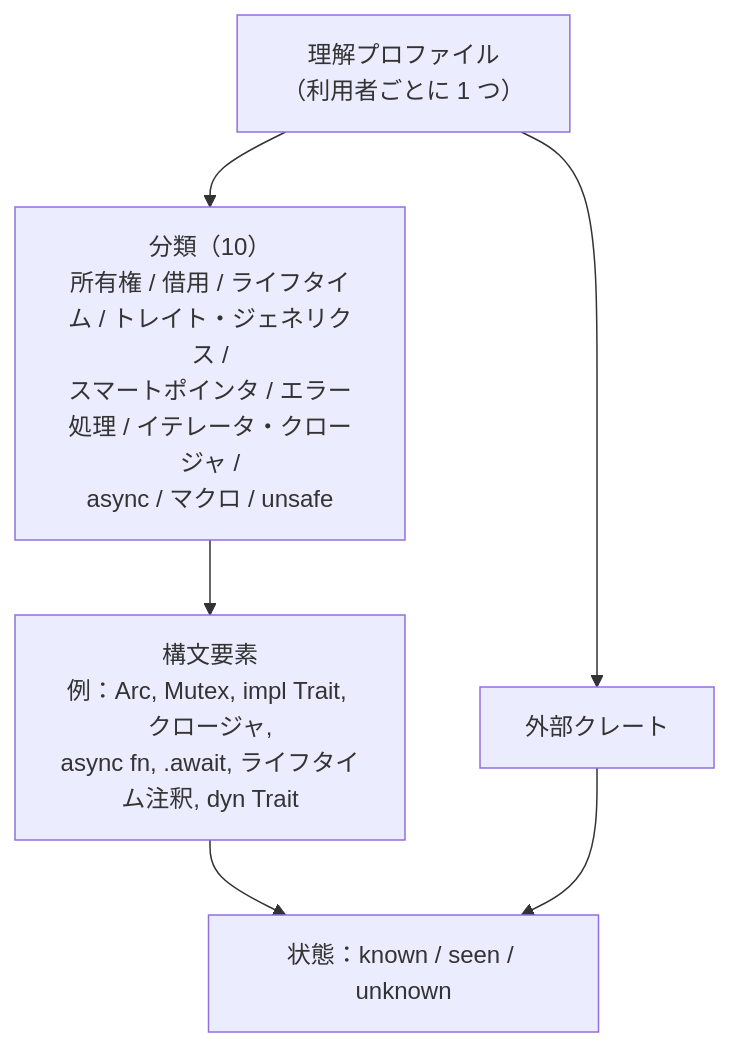
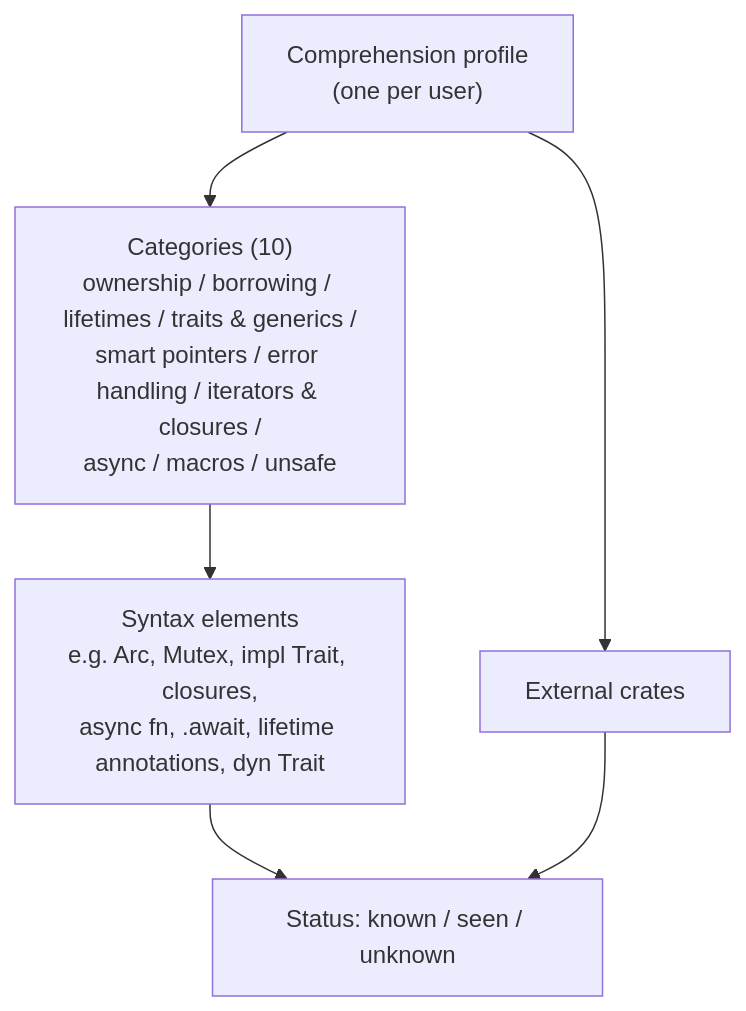
One commit to sumiredc/molt changed the second of 9 diagrams in PRD.md. Above: the diagram before and after it, drawn with Mermaid. The commit also changed other lines of this file and 1 other file, not shown here.

````diff
--- a/PRD.md
+++ b/PRD.md
@@ -43,8 +45,8 @@
 ```mermaid
 flowchart TB
-  P["理解プロファイル<br/>（利用者ごとに 1 つ）"] --> C1["分類（10）<br/>所有権 / 借用 / ライフタイム / トレイト・ジェネリクス /<br/>スマートポインタ / エラー処理 / イテレータ・クロージャ /<br/>async / マクロ / unsafe"]
-  P --> CR["外部クレート"]
-  C1 --> E["構文要素<br/>例：Arc, Mutex, impl Trait, クロージャ,<br/>async fn, .await, ライフタイム注釈, dyn Trait"]
-  E --> S["状態：known / seen / unknown"]
+  P["Comprehension profile<br/>(one per user)"] --> C1["Categories (10)<br/>ownership / borrowing / lifetimes / traits & generics /<br/>smart pointers / error handling / iterators & closures /<br/>async / macros / unsafe"]
+  P --> CR["External crates"]
+  C1 --> E["Syntax elements<br/>e.g. Arc, Mutex, impl Trait, closures,<br/>async fn, .await, lifetime annotations, dyn Trait"]
+  E --> S["Status: known / seen / unknown"]
   CR --> S
 ```
````
